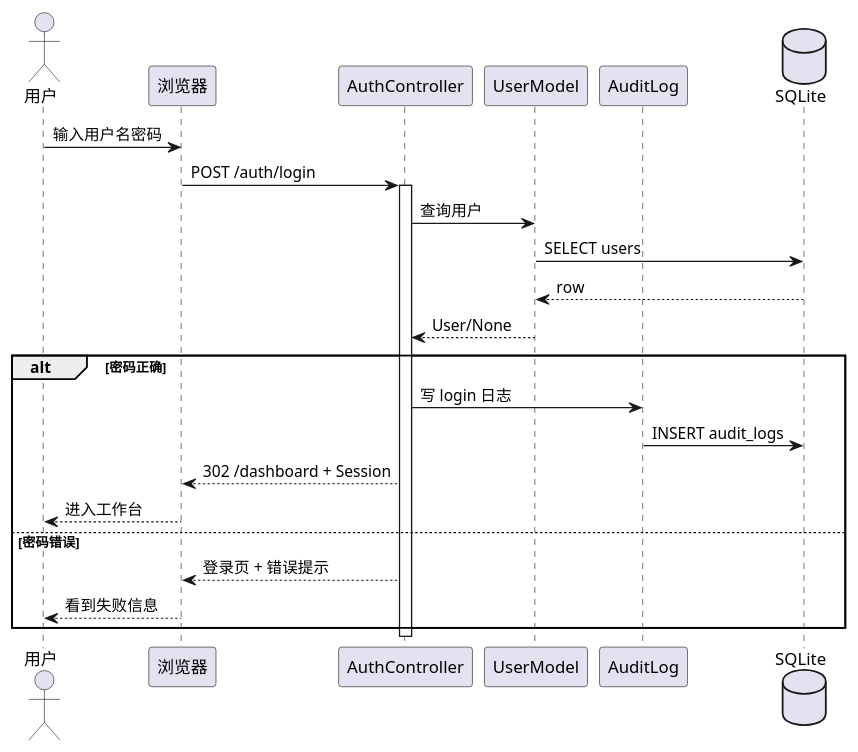
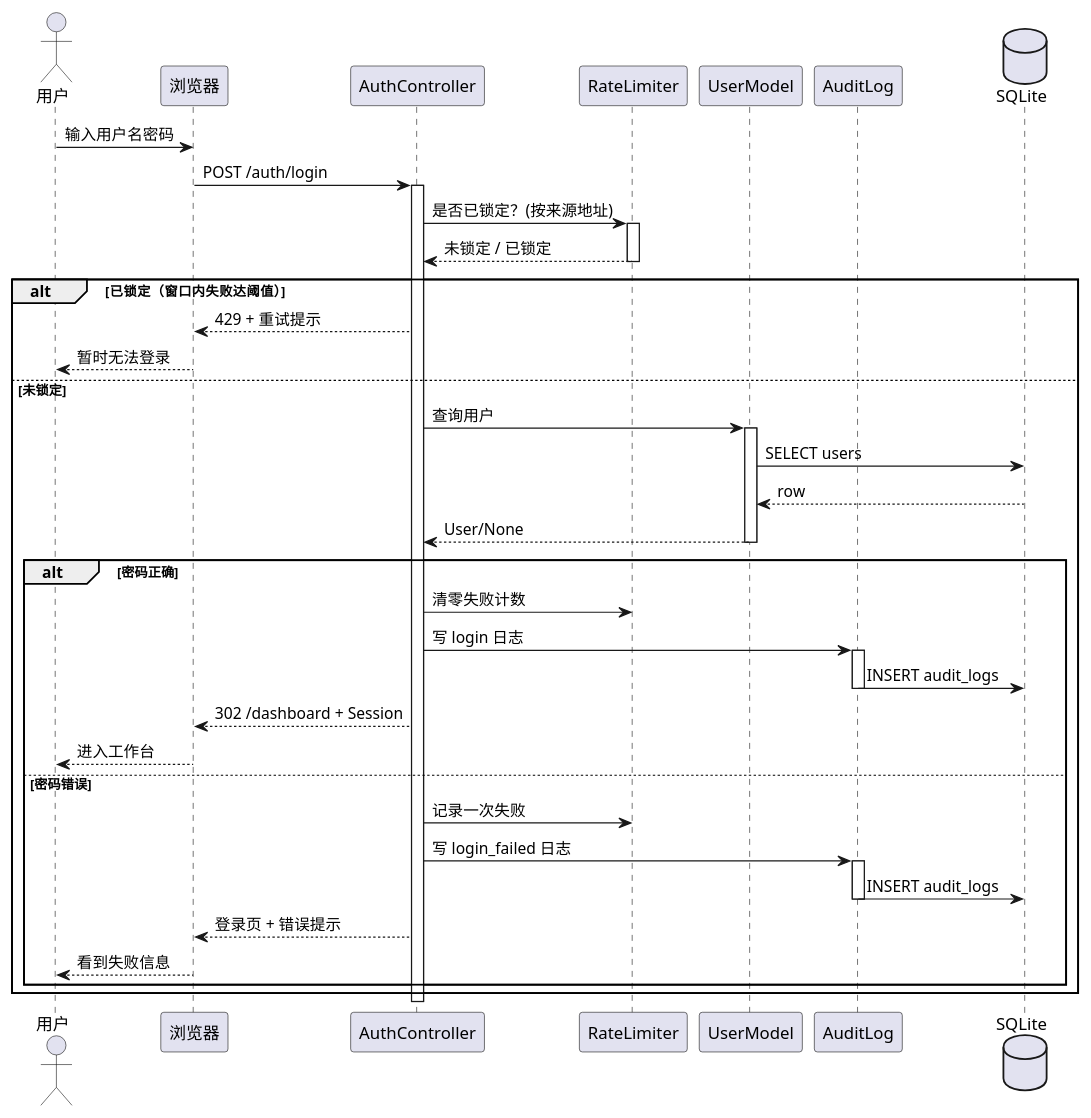
One commit to Shigurekaya/test-web changed the diagram in docs/uml/02-登录时序图.puml. Above: the diagram before and after it, drawn with PlantUML. The commit also changed other lines of this file and 13 other files, not shown here.

```diff
--- a/docs/uml/02-登录时序图.puml
+++ b/docs/uml/02-登录时序图.puml
@@ -1,26 +1,48 @@
 @startuml 02-登录时序图
 actor 用户
 participant "浏览器" as UI
 participant "AuthController" as Auth
+participant "RateLimiter" as Limiter
 participant "UserModel" as User
 participant "AuditLog" as Audit
 database "SQLite" as DB
 
 用户 -> UI : 输入用户名密码
 UI -> Auth : POST /auth/login
 activate Auth
-Auth -> User : 查询用户
-User -> DB : SELECT users
-DB --> User : row
-User --> Auth : User/None
-alt 密码正确
-  Auth -> Audit : 写 login 日志
-  Audit -> DB : INSERT audit_logs
-  Auth --> UI : 302 /dashboard + Session
-  UI --> 用户 : 进入工作台
-else 密码错误
-  Auth --> UI : 登录页 + 错误提示
-  UI --> 用户 : 看到失败信息
+Auth -> Limiter : 是否已锁定？(按来源地址)
+activate Limiter
+Limiter --> Auth : 未锁定 / 已锁定
+deactivate Limiter
+
+alt 已锁定（窗口内失败达阈值）
+  Auth --> UI : 429 + 重试提示
+  UI --> 用户 : 暂时无法登录
+else 未锁定
+  Auth -> User : 查询用户
+  activate User
+  User -> DB : SELECT users
+  DB --> User : row
+  User --> Auth : User/None
+  deactivate User
+
+  alt 密码正确
+    Auth -> Limiter : 清零失败计数
+    Auth -> Audit : 写 login 日志
+    activate Audit
+    Audit -> DB : INSERT audit_logs
+    deactivate Audit
+    Auth --> UI : 302 /dashboard + Session
+    UI --> 用户 : 进入工作台
+  else 密码错误
+    Auth -> Limiter : 记录一次失败
+    Auth -> Audit : 写 login_failed 日志
+    activate Audit
+    Audit -> DB : INSERT audit_logs
+    deactivate Audit
+    Auth --> UI : 登录页 + 错误提示
+    UI --> 用户 : 看到失败信息
+  end
 end
 deactivate Auth
 @enduml
```
